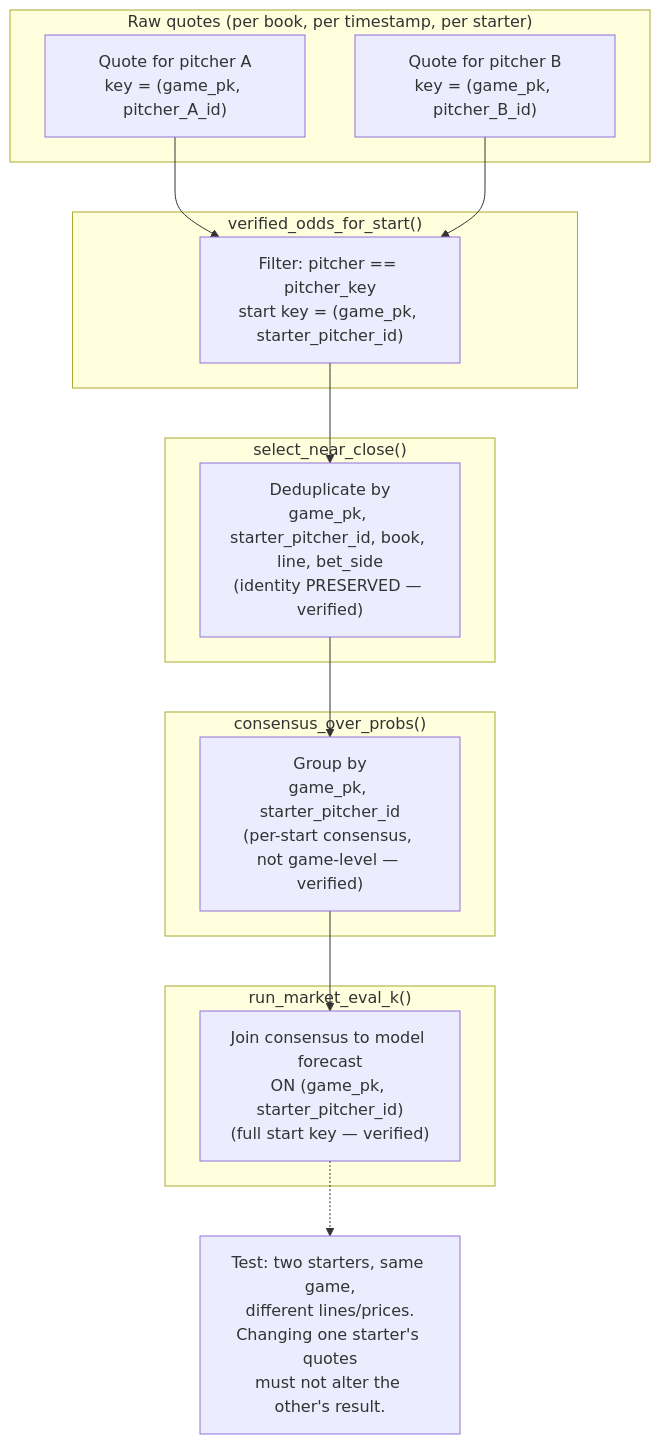
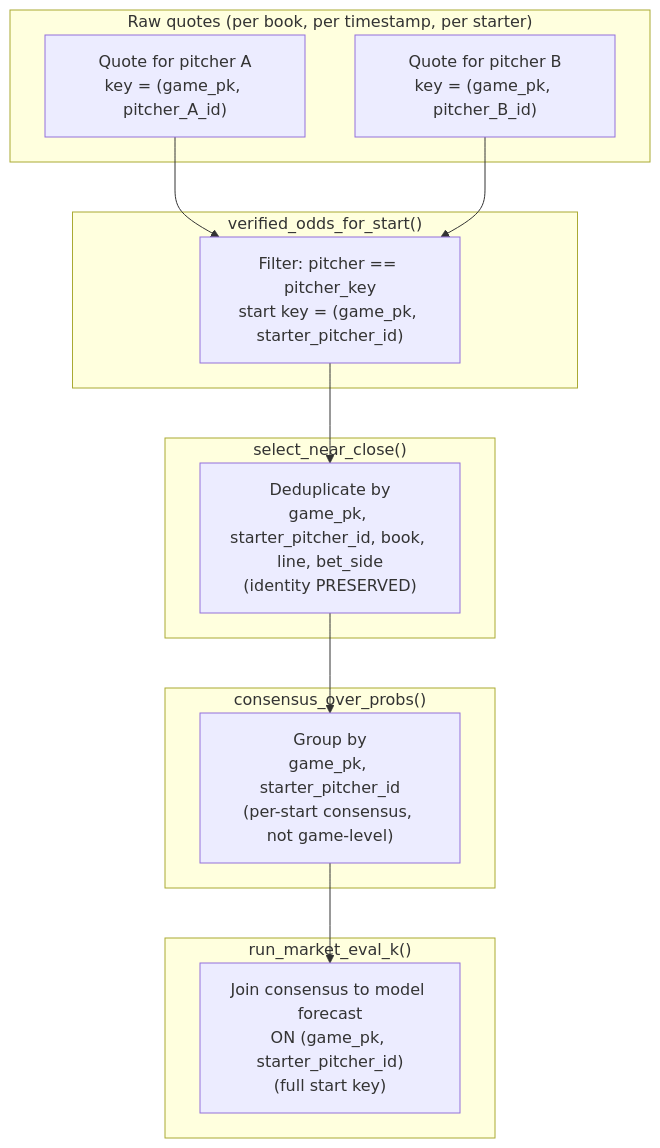
One commit to Cbkaplinger/MLB-Props changed the second of 2 diagrams in docs/diagrams/18-market-identity-chain.md. Above: the diagram before and after it, drawn with Mermaid. The commit also changed other lines of this file, not shown here.

````diff
--- a/docs/diagrams/18-market-identity-chain.md
+++ b/docs/diagrams/18-market-identity-chain.md
@@ -62,32 +45,29 @@
 ```mermaid
 flowchart TB
-    subgraph RAW["Raw quotes (per book, per timestamp, per starter)"]
+    subgraph RAW2["Raw quotes (per book, per timestamp, per starter)"]
         Q1["Quote for pitcher A<br/>key = (game_pk, pitcher_A_id)"]
         Q2["Quote for pitcher B<br/>key = (game_pk, pitcher_B_id)"]
     end
 
-    subgraph VERIFY["verified_odds_for_start()"]
+    subgraph VERIFY2["verified_odds_for_start()"]
         V["Filter: pitcher == pitcher_key<br/>start key = (game_pk, starter_pitcher_id)"]
     end
 
-    subgraph DEDUP["select_near_close()"]
-        D["Deduplicate by<br/>game_pk, starter_pitcher_id, book, line, bet_side<br/>(identity PRESERVED — verified)"]
+    subgraph DEDUP2["select_near_close()"]
+        D["Deduplicate by<br/>game_pk, starter_pitcher_id, book, line, bet_side<br/>(identity PRESERVED)"]
     end
 
-    subgraph CONSENSUS["consensus_over_probs()"]
-        C["Group by<br/>game_pk, starter_pitcher_id<br/>(per-start consensus, not game-level — verified)"]
+    subgraph CONSENSUS2["consensus_over_probs()"]
+        C["Group by<br/>game_pk, starter_pitcher_id<br/>(per-start consensus, not game-level)"]
     end
 
-    subgraph JOIN["run_market_eval_k()"]
-        J["Join consensus to model forecast<br/>ON (game_pk, starter_pitcher_id)<br/>(full start key — verified)"]
+    subgraph JOIN2["run_market_eval_k()"]
+        J["Join consensus to model forecast<br/>ON (game_pk, starter_pitcher_id)<br/>(full start key)"]
     end
 
     Q1 --> V
     Q2 --> V
     V --> D
     D --> C
     C --> J
-
-    T["Test: two starters, same game,<br/>different lines/prices.<br/>Changing one starter's quotes<br/>must not alter the other's result."]
-    J -.-> T
 ```
````
